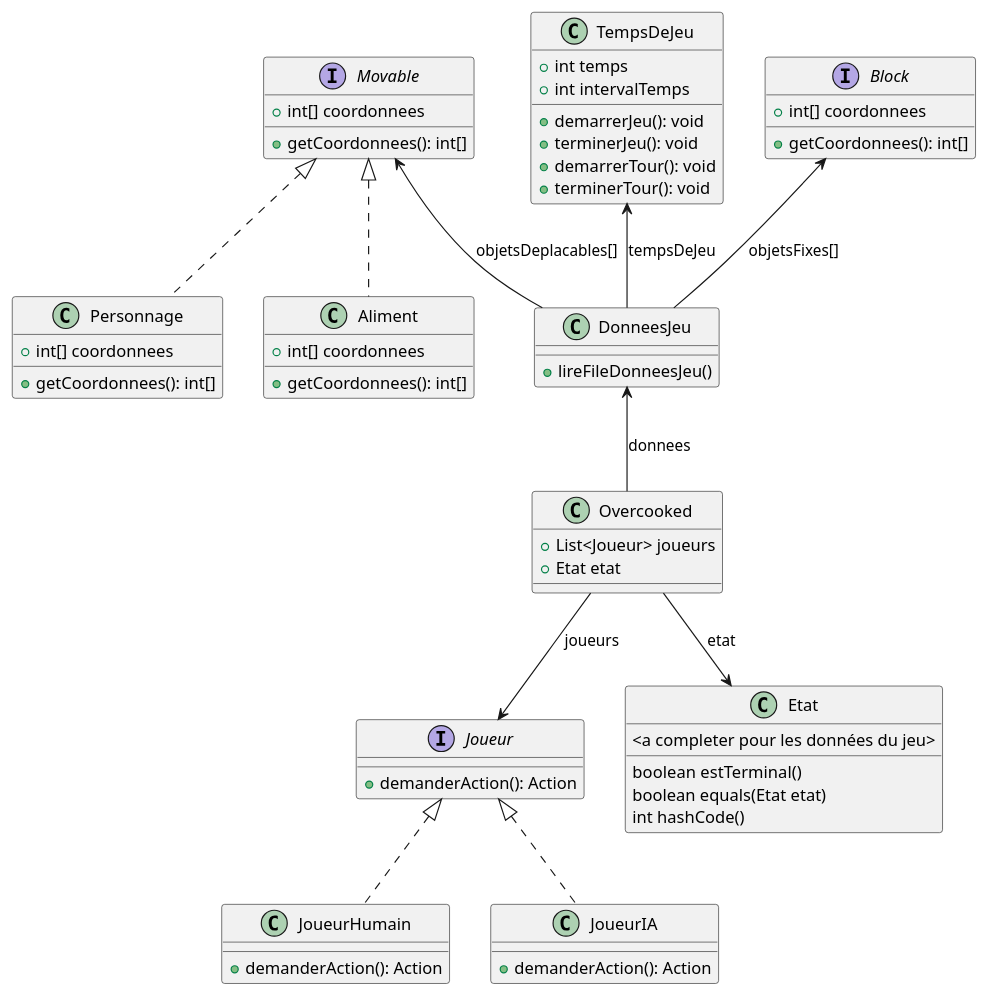
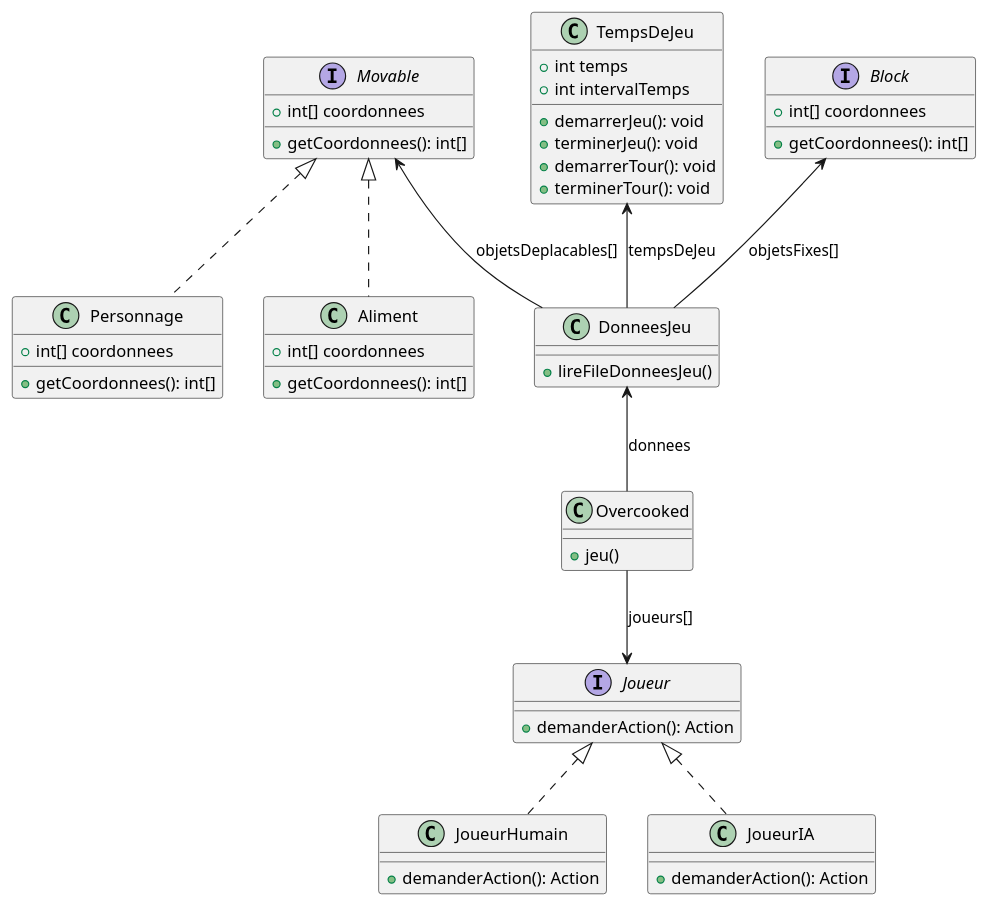
One commit to ThomasRbn/PTUT_BERNARD_ROBINEAU_ROUYER_RUSSO changed the diagram in assets/DiagClassNonIA.puml. Above: the diagram before and after it, drawn with PlantUML.

Commit message:
Mise à jour du diagramme UML

```diff
--- a/assets/DiagClassNonIA.puml
+++ b/assets/DiagClassNonIA.puml
@@ -1,70 +1,61 @@
 @startuml
 'https://plantuml.com/class-diagram
 
 class Overcooked {
-    + List<Joueur> joueurs
-    + Etat etat
++ jeu()
 }
 
-"Overcooked" --> "Joueur" : "joueurs"
-"Overcooked" --> "Etat" : "etat"
+"Overcooked" --> "Joueur" : "joueurs[]"
 
 interface Movable {
     + int[] coordonnees
     + getCoordonnees(): int[]
 }
 
 interface Joueur {
     + demanderAction(): Action
 }
 
 class JoueurHumain implements Joueur {
     + demanderAction(): Action
 }
 
 class JoueurIA implements Joueur {
     + demanderAction(): Action
 }
 
 class Personnage implements Movable {
     + int[] coordonnees
     + getCoordonnees(): int[]
 }
 
 class Aliment implements Movable {
     + int[] coordonnees
     + getCoordonnees(): int[]
 }
 
 class TempsDeJeu {
     + int temps
     + int intervalTemps
     + demarrerJeu(): void
     + terminerJeu(): void
     + demarrerTour(): void
     + terminerTour(): void
 }
 
-class Etat{
-    <a completer pour les données du jeu>
-    boolean estTerminal()
-    boolean equals(Etat etat)
-    int hashCode()
-}
-
 class DonneesJeu {
     + lireFileDonneesJeu()
 }
 
 interface Block {
     + int[] coordonnees
     + getCoordonnees(): int[]
 }
 "Block" <-- "DonneesJeu" : "objetsFixes[]"
 "Movable" <-- "DonneesJeu" : "objetsDeplacables[]"
 "DonneesJeu" <-- "Overcooked" : "donnees"
 "TempsDeJeu" <-- "DonneesJeu" : "tempsDeJeu"
 
 
 
 @enduml
```
